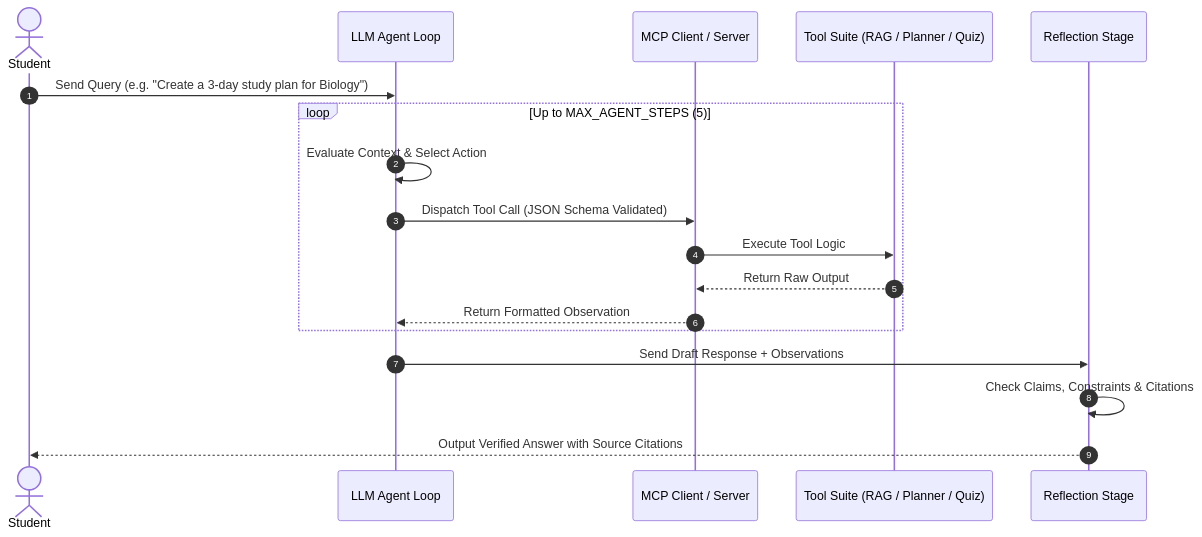
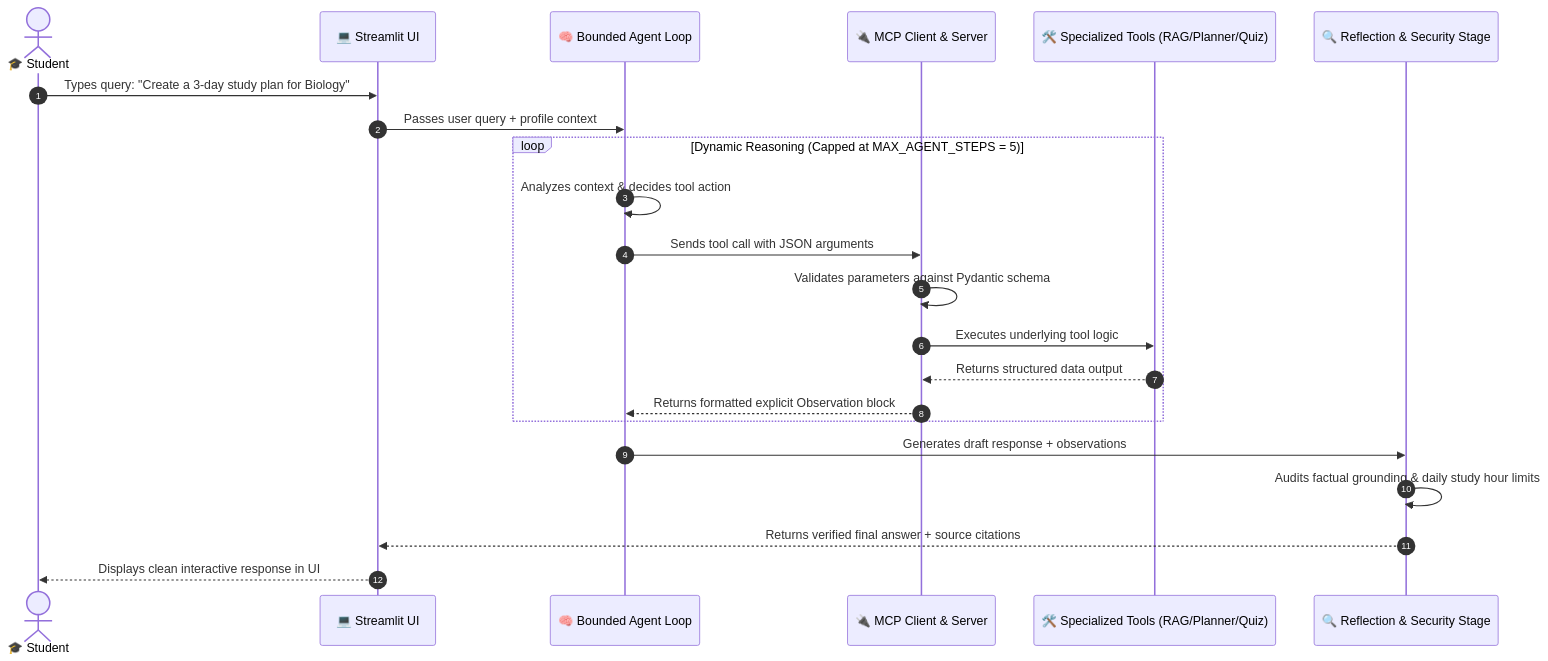
The second of 2 diagrams in README.md (navya803/Smart-study_agent), drawn with Mermaid before and after one commit. The commit also changed other lines of this file, not shown here.

Commit message:
docs: improve README with clear explanations, architecture diagrams, and viva guide

````diff
--- a/README.md
+++ b/README.md
@@ -97,21 +144,27 @@
 ```mermaid
 sequenceDiagram
     autonumber
-    actor User as Student
-    participant Agent as LLM Agent Loop
-    participant MCP as MCP Client / Server
-    participant Tool as Tool Suite (RAG / Planner / Quiz)
-    participant Reflector as Reflection Stage
+    actor Student as 🎓 Student
+    participant UI as 💻 Streamlit UI
+    participant Agent as 🧠 Bounded Agent Loop
+    participant MCP as 🔌 MCP Client & Server
+    participant Tools as 🛠️ Specialized Tools (RAG/Planner/Quiz)
+    participant Reflector as 🔍 Reflection & Security Stage
 
-    User->>Agent: Send Query (e.g. "Create a 3-day study plan for Biology")
-    loop Up to MAX_AGENT_STEPS (5)
-        Agent->>Agent: Evaluate Context & Select Action
-        Agent->>MCP: Dispatch Tool Call (JSON Schema Validated)
-        MCP->>Tool: Execute Tool Logic
-        Tool-->>MCP: Return Raw Output
-        MCP-->>Agent: Return Formatted Observation
+    Student->>UI: Types query: "Create a 3-day study plan for Biology"
+    UI->>Agent: Passes user query + profile context
+    
+    loop Dynamic Reasoning (Capped at MAX_AGENT_STEPS = 5)
+        Agent->>Agent: Analyzes context & decides tool action
+        Agent->>MCP: Sends tool call with JSON arguments
+        MCP->>MCP: Validates parameters against Pydantic schema
+        MCP->>Tools: Executes underlying tool logic
+        Tools-->>MCP: Returns structured data output
+        MCP-->>Agent: Returns formatted explicit Observation block
     end
-    Agent->>Reflector: Send Draft Response + Observations
-    Reflector->>Reflector: Check Claims, Constraints & Citations
-    Reflector-->>User: Output Verified Answer with Source Citations
+
+    Agent->>Reflector: Generates draft response + observations
+    Reflector->>Reflector: Audits factual grounding & daily study hour limits
+    Reflector-->>UI: Returns verified final answer + source citations
+    UI-->>Student: Displays clean interactive response in UI
 ```
````
